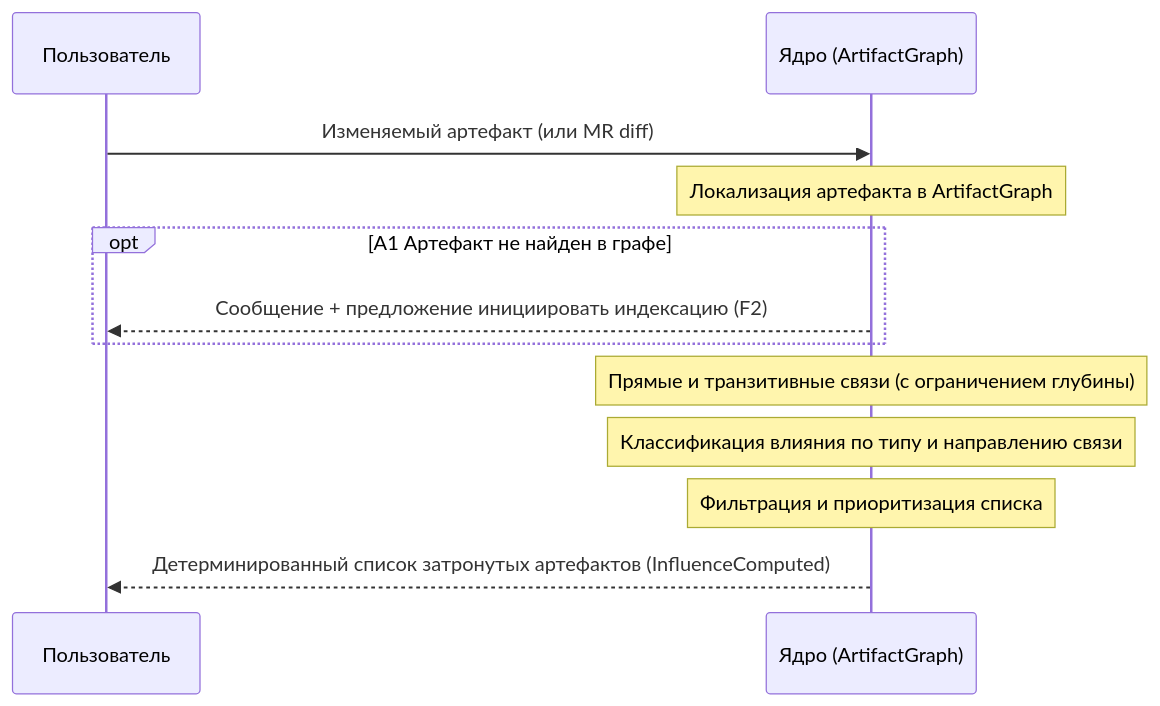
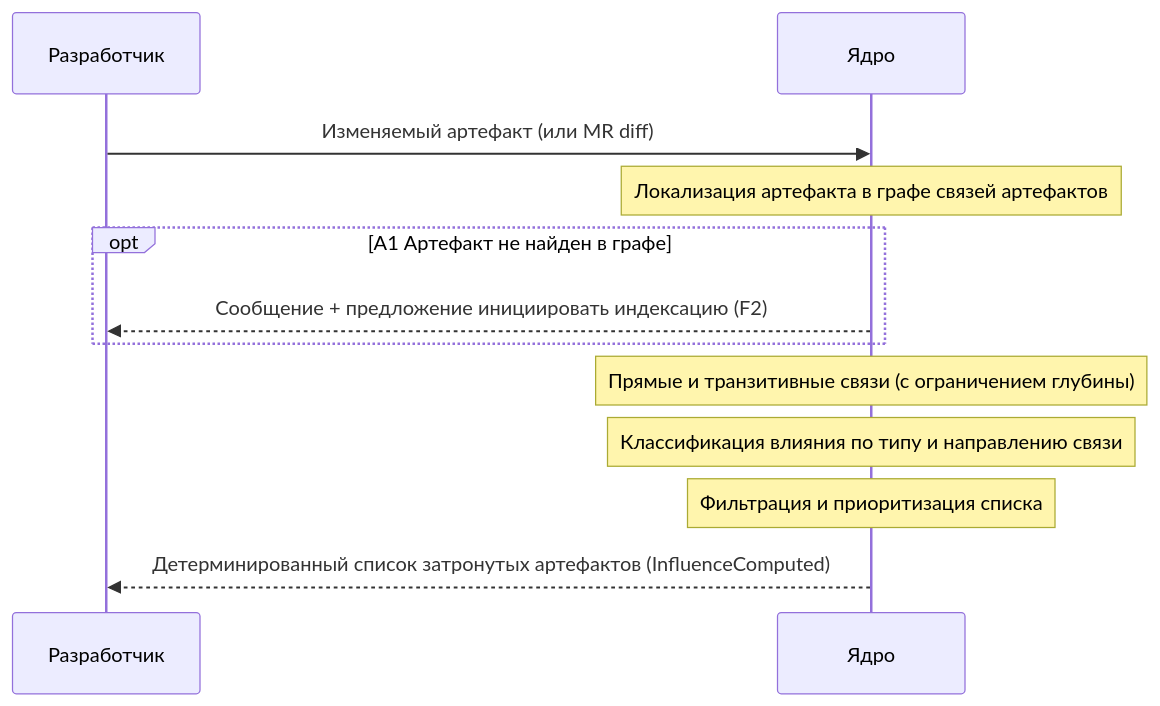
One commit to n-marusov/graphrag changed the diagram in specs/use-cases/UC-context.impact.analyze.md. Above: the diagram before and after it, drawn with Mermaid. The commit also changed other lines of this file and 24 other files, not shown here.

````diff
--- a/specs/use-cases/UC-context.impact.analyze.md
+++ b/specs/use-cases/UC-context.impact.analyze.md
@@ -15,26 +15,26 @@
 ```mermaid
 sequenceDiagram
-    participant User as Пользователь
-    participant Core as Ядро (ArtifactGraph)
+    participant User as Разработчик
+    participant Core as Ядро
 
     User->>Core: Изменяемый артефакт (или MR diff)
 
     %% --- 1. Локализация ---
-    Note over Core: Локализация артефакта в ArtifactGraph
+    Note over Core: Локализация артефакта в графе связей артефактов
 
     opt A1 Артефакт не найден в графе
         Core-->>User: Сообщение + предложение инициировать индексацию (F2)
     end
 
     %% --- 2. Вычисление связей ---
     Note over Core: Прямые и транзитивные связи (с ограничением глубины)
 
     %% --- 3. Классификация ---
     Note over Core: Классификация влияния по типу и направлению связи
 
     %% --- 4. Фильтрация и приоритизация ---
     Note over Core: Фильтрация и приоритизация списка
 
     %% --- 5. Результат ---
     Core-->>User: Детерминированный список затронутых артефактов (InfluenceComputed)
 ```
````
